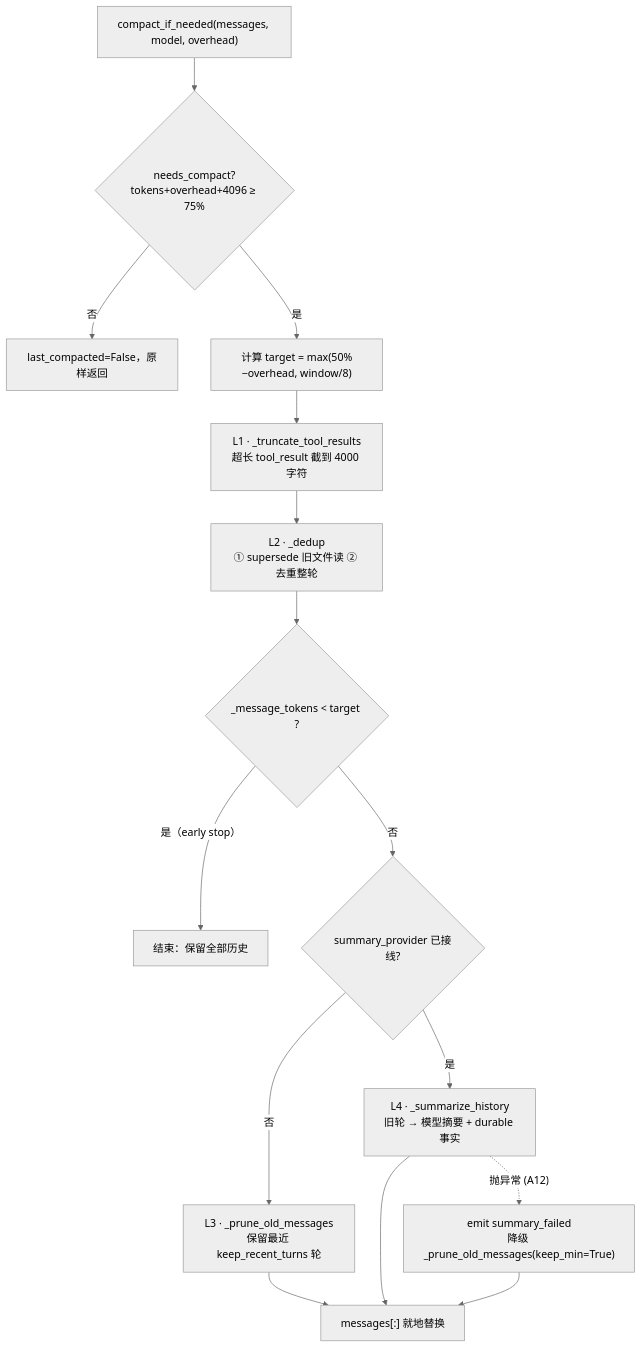
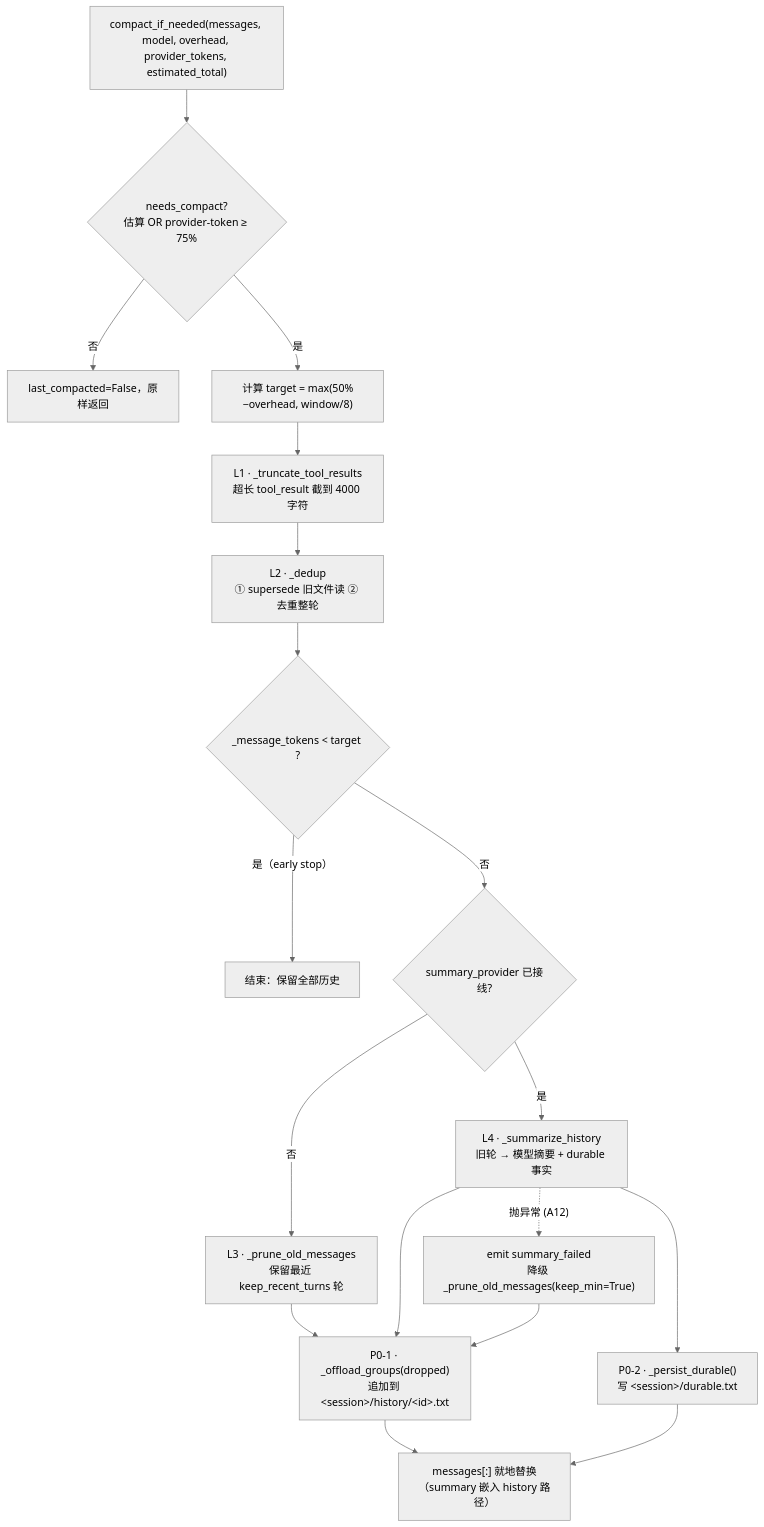
One commit to andyxu1234/soul_buddy changed the second of 8 diagrams in docs/modules/10-context.md. Above: the diagram before and after it, drawn with Mermaid (neutral theme). The commit also changed other lines of this file and 62 other files, not shown here.

````diff
--- a/docs/modules/10-context.md
+++ b/docs/modules/10-context.md
@@ -110,17 +128,20 @@
 ```mermaid
 flowchart TD
-    S["compact_if_needed(messages, model, overhead)"] --> N{"needs_compact?<br/>tokens+overhead+4096 ≥ 75%"}
+    S["compact_if_needed(messages, model, overhead, provider_tokens, estimated_total)"] --> N{"needs_compact?<br/>估算 OR provider-token ≥ 75%"}
     N -- "否" --> STOP["last_compacted=False，原样返回"]
     N -- "是" --> T["计算 target = max(50%−overhead, window/8)"]
     T --> L1["L1 · _truncate_tool_results<br/>超长 tool_result 截到 4000 字符"]
     L1 --> L2["L2 · _dedup<br/>① supersede 旧文件读 ② 去重整轮"]
     L2 --> E{"_message_tokens &lt; target ?"}
     E -- "是（early stop）" --> DONE["结束：保留全部历史"]
     E -- "否" --> SP{"summary_provider 已接线?"}
     SP -- "否" --> L3["L3 · _prune_old_messages<br/>保留最近 keep_recent_turns 轮"]
     SP -- "是" --> L4["L4 · _summarize_history<br/>旧轮 → 模型摘要 + durable 事实"]
     L4 -. "抛异常 (A12)" .-> DEGRADE["emit summary_failed<br/>降级 _prune_old_messages(keep_min=True)"]
-    L3 --> DONE2["messages[:] 就地替换"]
-    L4 --> DONE2
-    DEGRADE --> DONE2
+    L3 --> OFF["P0-1 · _offload_groups(dropped)<br/>追加到 &lt;session>/history/&lt;id>.txt"]
+    L4 --> OFF
+    L4 --> DUR["P0-2 · _persist_durable()<br/>写 &lt;session>/durable.txt"]
+    OFF --> DONE2["messages[:] 就地替换（summary 嵌入 history 路径）"]
+    DUR --> DONE2
+    DEGRADE --> OFF
 ```
````
